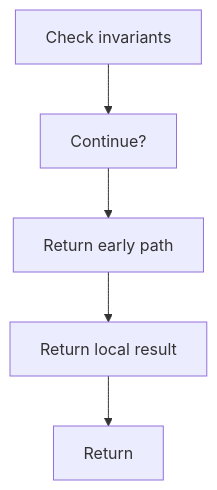
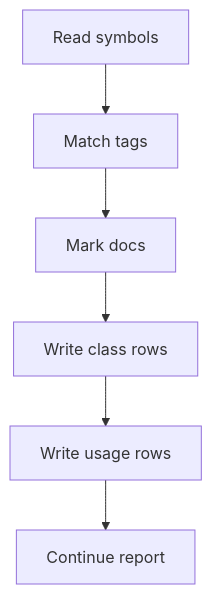
The second of 3 diagrams in docs/Codebase/Microservice/Modules/Source/OutputGeneration/Report/pipeline_report_to_json.cpp.md (JohnAndrewBalbarosa/NeoTerritory), drawn with Mermaid before and after one commit. The commit also changed other lines of this file and 25 other files, not shown here.

First line of the commit message:
Update docs for live class-analysis flow

````diff
--- a/docs/Codebase/Microservice/Modules/Source/OutputGeneration/Report/pipeline_report_to_json.cpp.md
+++ b/docs/Codebase/Microservice/Modules/Source/OutputGeneration/Report/pipeline_report_to_json.cpp.md
@@ -58,12 +107,14 @@
 ```mermaid
 flowchart TD
-    N0["Check invariants"]
-    N1["Continue?"]
-    N2["Return early path"]
-    N3["Return local result"]
-    N4["Return"]
+    Start["Read symbols"]
+    N0["Match tags"]
+    N1["Mark docs"]
+    N2["Write class rows"]
+    N3["Write usage rows"]
+    End["Continue report"]
+    Start --> N0
     N0 --> N1
     N1 --> N2
     N2 --> N3
-    N3 --> N4
+    N3 --> End
 ```
````
